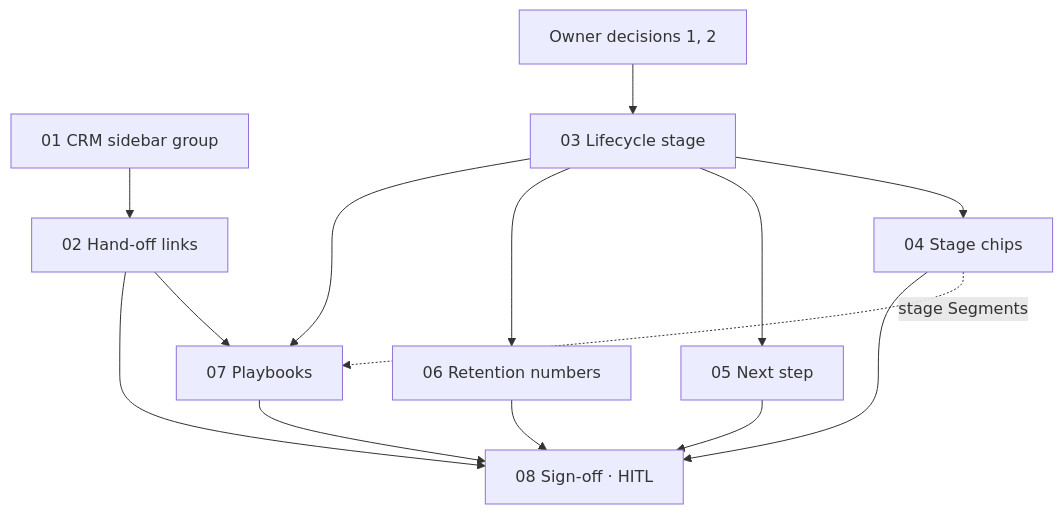
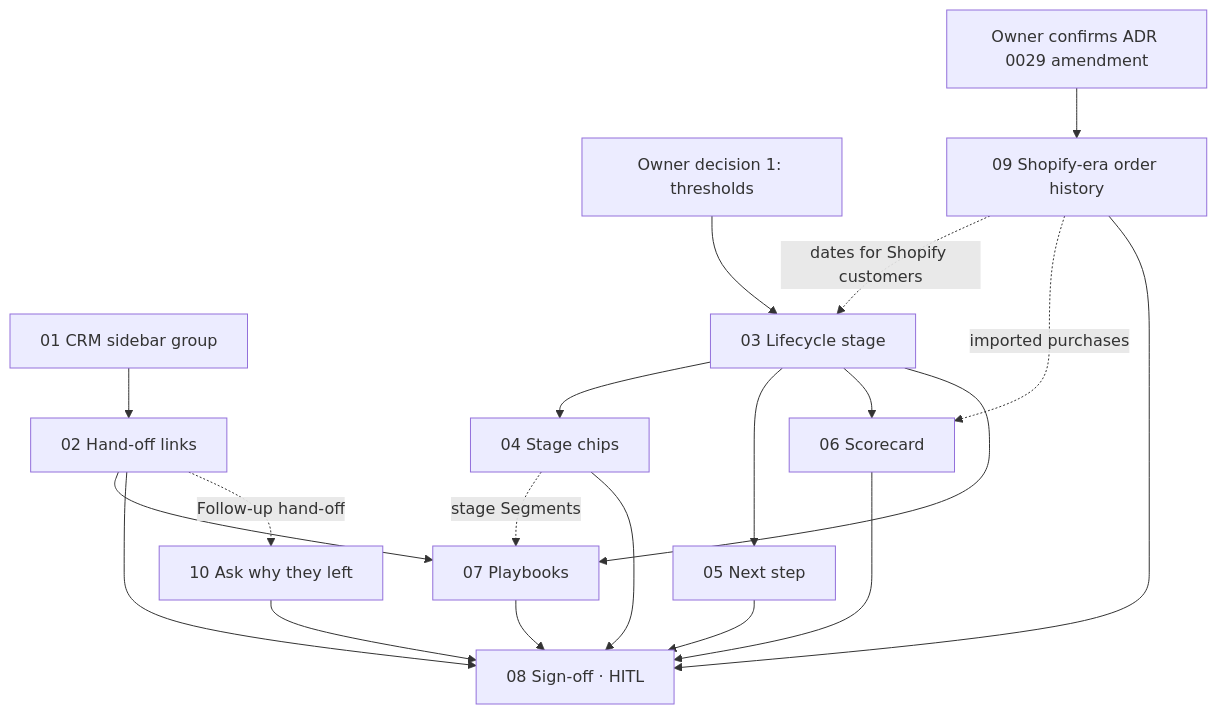
One commit to ivanyeors/mp changed the diagram in .claude/PRD-crm-retention-loop/issues/README.md. Above: the diagram before and after it, drawn with Mermaid. The commit also changed other lines of this file and 12 other files, not shown here.

````diff
--- a/.claude/PRD-crm-retention-loop/issues/README.md
+++ b/.claude/PRD-crm-retention-loop/issues/README.md
@@ -26,26 +30,35 @@
 ```mermaid
 graph TD
   s01[01 CRM sidebar group]
   s02[02 Hand-off links]
-  d12[Owner decisions 1, 2]
+  d12[Owner decision 1: thresholds]
+  d29[Owner confirms ADR 0029 amendment]
+  s09[09 Shopify-era order history]
+  s10[10 Ask why they left]
   s03[03 Lifecycle stage]
   s04[04 Stage chips]
   s05[05 Next step]
-  s06[06 Retention numbers]
+  s06[06 Scorecard]
   s07[07 Playbooks]
   s08[08 Sign-off · HITL]
 
   s01 --> s02
   d12 --> s03
   s03 --> s04
   s03 --> s05
   s03 --> s06
   s02 --> s07
   s03 --> s07
   s04 -. stage Segments .-> s07
   s02 --> s08
   s04 --> s08
   s05 --> s08
   s06 --> s08
   s07 --> s08
+  d29 --> s09
+  s09 -. dates for Shopify customers .-> s03
+  s09 -. imported purchases .-> s06
+  s02 -. Follow-up hand-off .-> s10
+  s09 --> s08
+  s10 --> s08
 ```
````
